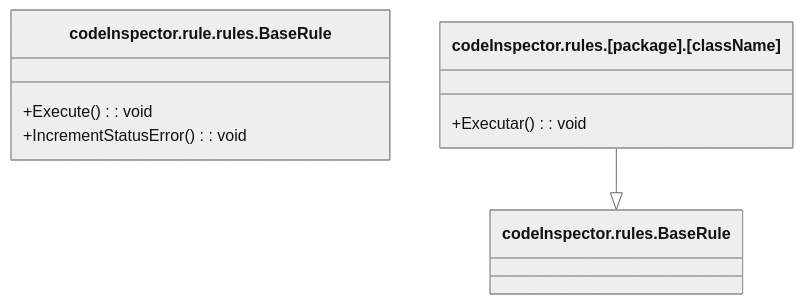
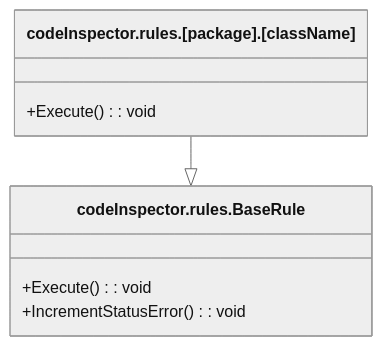
The diagram in README.md (rodoctor/iris-dev-codeinspector), drawn with Mermaid (neutral theme) before and after one commit. The commit also changed other lines of this file, not shown here.

````diff
--- a/README.md
+++ b/README.md
@@ -79,14 +79,14 @@
 ```mermaid
 
 classDiagram
-  class `codeInspector.rule.rules.BaseRule` {
+  class `codeInspector.rules.BaseRule` {
     +Execute() : void
     +IncrementStatusError() : void
   }
   
   class `codeInspector.rules.[package].[className]` {
-     +Executar() : void
+     +Execute() : void
   }
 
 `codeInspector.rules.[package].[className]` --|> `codeInspector.rules.BaseRule`
 ```
````
